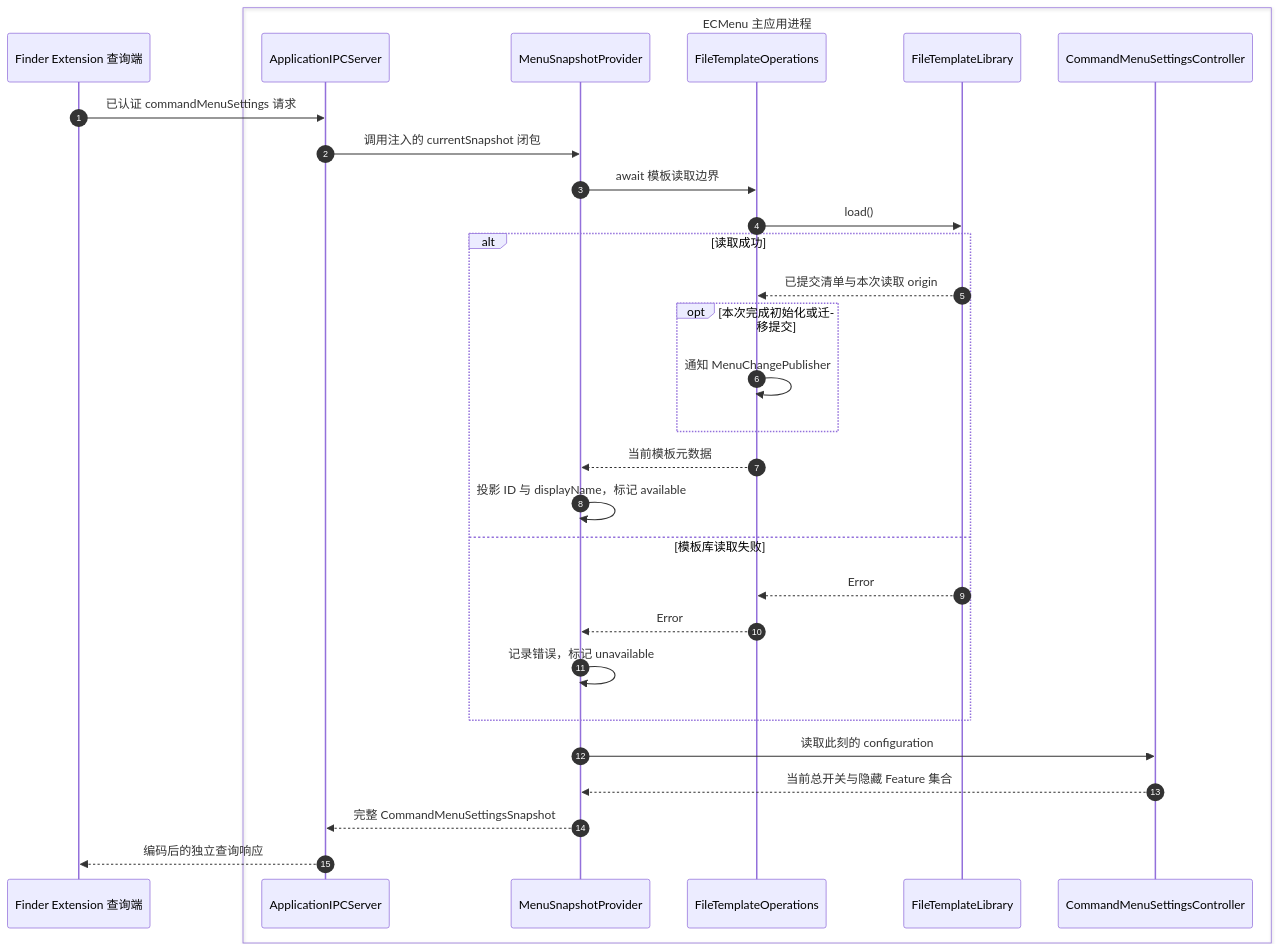
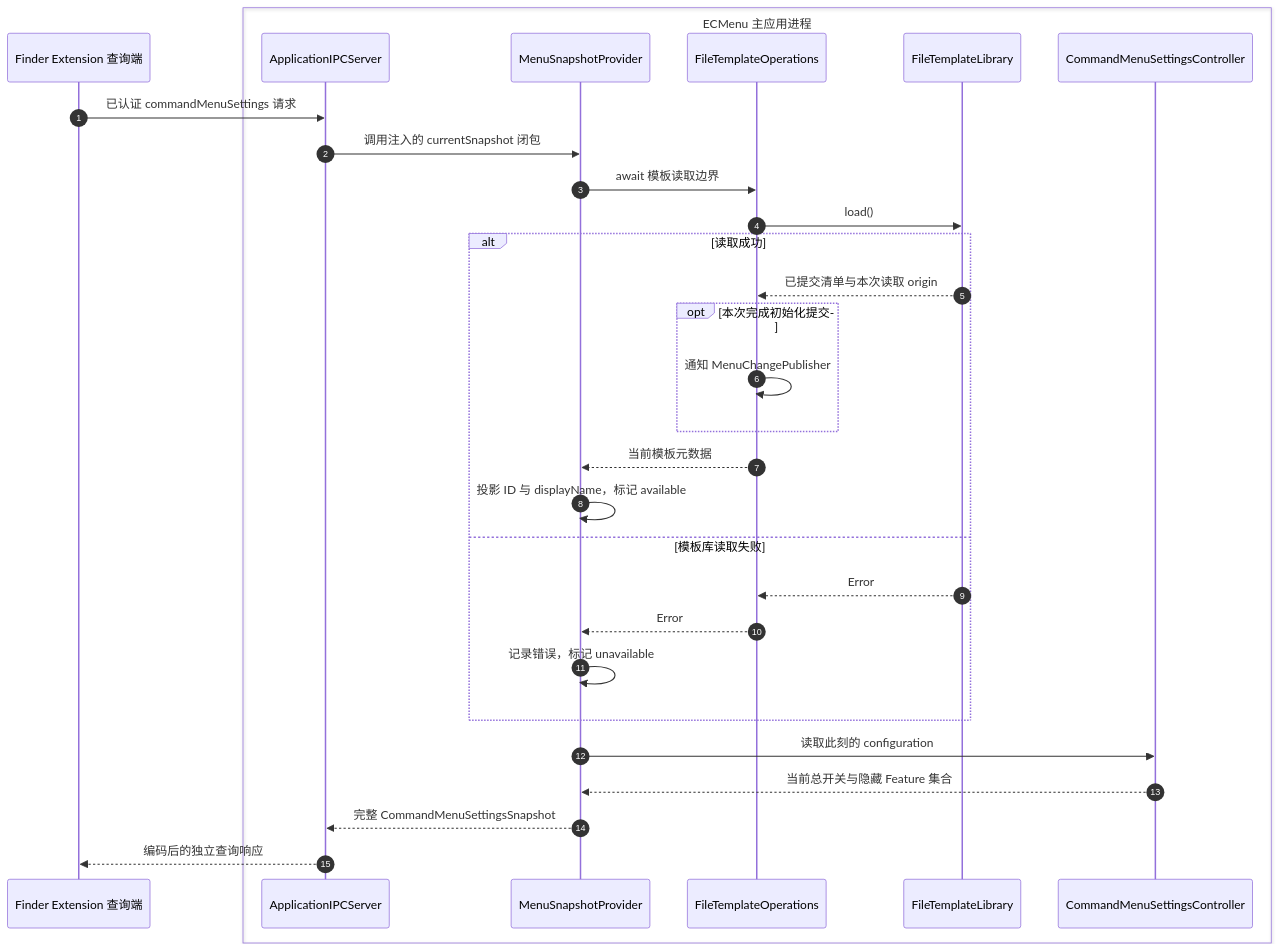
The second of 2 diagrams in spec/Technical/Runtime/CommandMenuSettings.md (tlb-22/mac-tool-ecmenu), drawn with Mermaid before and after one commit. The commit also changed other lines of this file and 21 other files, not shown here.

````diff
--- a/spec/Technical/Runtime/CommandMenuSettings.md
+++ b/spec/Technical/Runtime/CommandMenuSettings.md
@@ -51,32 +51,32 @@
 ```mermaid
 sequenceDiagram
     autonumber
     participant E as Finder Extension 查询端
     box ECMenu 主应用进程
         participant I as ApplicationIPCServer
         participant P as MenuSnapshotProvider
         participant T as FileTemplateOperations
         participant L as FileTemplateLibrary
         participant C as CommandMenuSettingsController
     end
     E->>I: 已认证 commandMenuSettings 请求
     I->>P: 调用注入的 currentSnapshot 闭包
     P->>T: await 模板读取边界
     T->>L: load()
     alt 读取成功
         L-->>T: 已提交清单与本次读取 origin
-        opt 本次完成初始化或迁移提交
+        opt 本次完成初始化提交
             T->>T: 通知 MenuChangePublisher
         end
         T-->>P: 当前模板元数据
         P->>P: 投影 ID 与 displayName，标记 available
     else 模板库读取失败
         L-->>T: Error
         T-->>P: Error
         P->>P: 记录错误，标记 unavailable
     end
     P->>C: 读取此刻的 configuration
     C-->>P: 当前总开关与隐藏 Feature 集合
     P-->>I: 完整 CommandMenuSettingsSnapshot
     I-->>E: 编码后的独立查询响应
 ```
````
